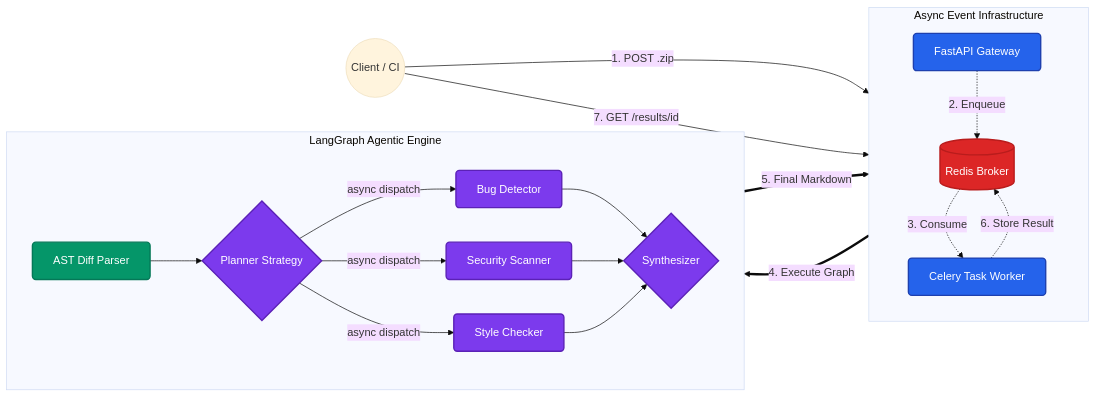
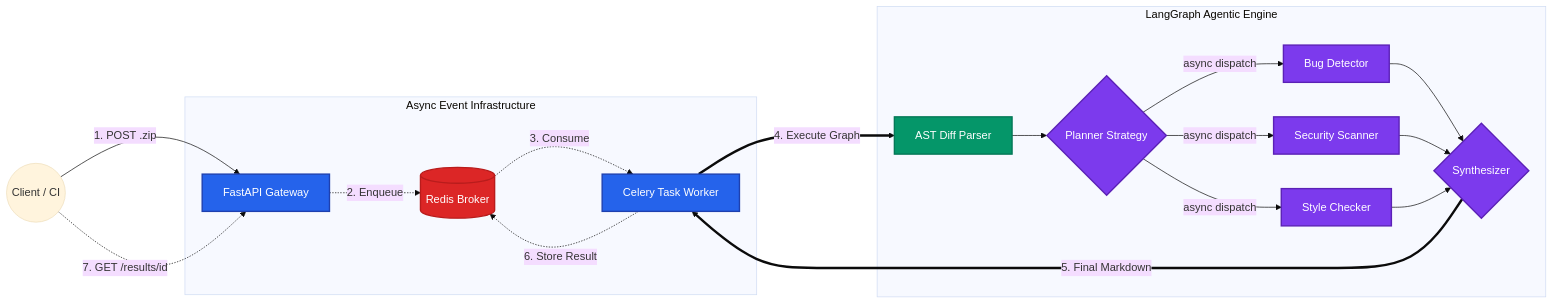
The diagram in README.md (soltaniali/AutoReviewer), drawn with Mermaid (base theme) before and after one commit. The commit also changed other lines of this file, not shown here.

Commit message:
fix the readme bug

````diff
--- a/README.md
+++ b/README.md
@@ -43,49 +43,42 @@
 ```mermaid
 flowchart LR
-    %% Styling Profile
-    classDef primary fill:#2563eb,stroke:#1e40af,stroke-width:2px,color:#fff,rx:5px,ry:5px
-    classDef secondary fill:#059669,stroke:#047857,stroke-width:2px,color:#fff,rx:5px,ry:5px
-    classDef agent fill:#7c3aed,stroke:#5b21b6,stroke-width:2px,color:#fff,rx:5px,ry:5px
-    classDef db fill:#dc2626,stroke:#b91c1c,stroke-width:2px,color:#fff,rx:5px,ry:5px
+    classDef primary fill:#2563eb,stroke:#1e40af,stroke-width:2px,color:#fff
+    classDef secondary fill:#059669,stroke:#047857,stroke-width:2px,color:#fff
+    classDef agent fill:#7c3aed,stroke:#5b21b6,stroke-width:2px,color:#fff
+    classDef db fill:#dc2626,stroke:#b91c1c,stroke-width:2px,color:#fff
     
-    %% Components
     Client((Client / CI))
     
     subgraph Infrastructure [Async Event Infrastructure]
-        direction TB
         API[FastAPI Gateway]:::primary
         Redis[(Redis Broker)]:::db
         Worker[Celery Task Worker]:::primary
     end
     
     subgraph Engine [LangGraph Agentic Engine]
-        direction LR
         AST[AST Diff Parser]:::secondary
         Planner{Planner Strategy}:::agent
         Bug[Bug Detector]:::agent
         Sec[Security Scanner]:::agent
         Style[Style Checker]:::agent
         Synth{Synthesizer}:::agent
     end
     
-    %% API & Queue Flow
     Client -->|1. POST .zip| API
     API -.->|2. Enqueue| Redis
     Redis -.->|3. Consume| Worker
     
-    %% Agent Flow
     Worker ==>|4. Execute Graph| AST
     AST --> Planner
     Planner -->|async dispatch| Bug
     Planner -->|async dispatch| Sec
     Planner -->|async dispatch| Style
     
     Bug --> Synth
     Sec --> Synth
     Style --> Synth
     
-    %% Report Flow
     Synth ==>|5. Final Markdown| Worker
     Worker -.->|6. Store Result| Redis
-    Client -->|7. GET /results/id| API
+    Client -.->|7. GET /results/id| API
 ```
````
